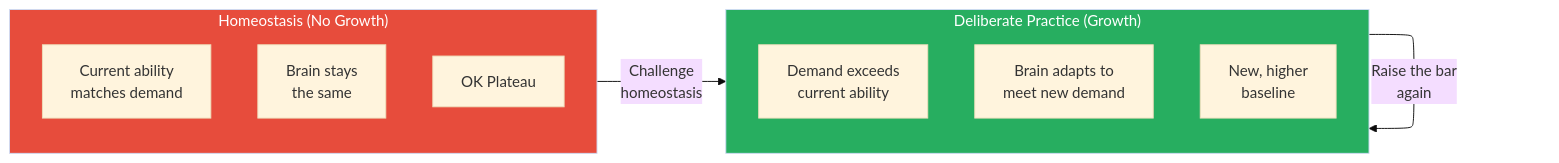
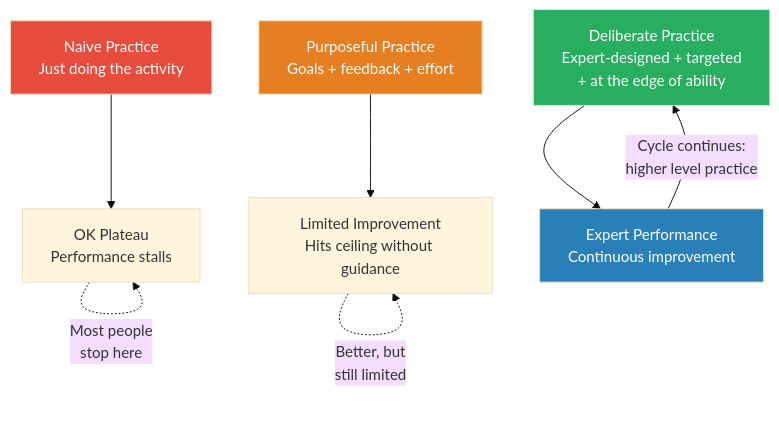
The third of 6 diagrams in summaries/Mindset & Self-Mastery/Peak - Anders Ericsson.md (alius33/reader), drawn with Mermaid (base theme) before and after one commit. The commit also changed other lines of this file and 272 other files, not shown here.

````diff
--- a/summaries/Mindset & Self-Mastery/Peak - Anders Ericsson.md
+++ b/summaries/Mindset & Self-Mastery/Peak - Anders Ericsson.md
@@ -541,17 +338,13 @@
 ```mermaid
-flowchart LR
-    subgraph HOME ["Homeostasis (No Growth)"]
-        H1["Current ability\nmatches demand"]
-        H2["Brain stays\nthe same"]
-        H3["OK Plateau"]
-    end
-    subgraph DP ["Deliberate Practice (Growth)"]
-        D1["Demand exceeds\ncurrent ability"]
-        D2["Brain adapts to\nmeet new demand"]
-        D3["New, higher\nbaseline"]
-    end
-    HOME -->|"Challenge\nhomeostasis"| DP
-    DP -->|"Raise the bar\nagain"| DP
-    style HOME fill:#e74c3c,color:#fff
+flowchart TD
+    NP["Naive Practice<br>Just doing the activity"] --> P["OK Plateau<br>Performance stalls"]
+    PP["Purposeful Practice<br>Goals + feedback + effort"] --> LI["Limited Improvement<br>Hits ceiling without guidance"]
+    DP["Deliberate Practice<br>Expert-designed + targeted<br>+ at the edge of ability"] --> EP["Expert Performance<br>Continuous improvement"]
+    P -.->|"Most people<br>stop here"| P
+    LI -.->|"Better, but<br>still limited"| LI
+    EP -->|"Cycle continues:<br>higher level practice"| DP
+    style NP fill:#e74c3c,color:#fff
+    style PP fill:#e67e22,color:#fff
     style DP fill:#27ae60,color:#fff
+    style EP fill:#2980b9,color:#fff
 ```
````
